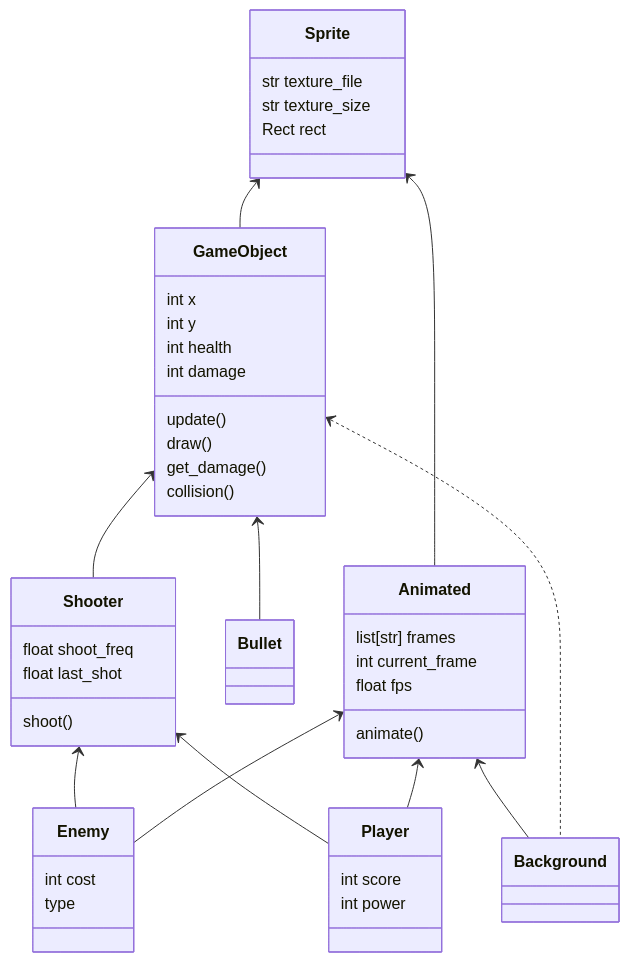
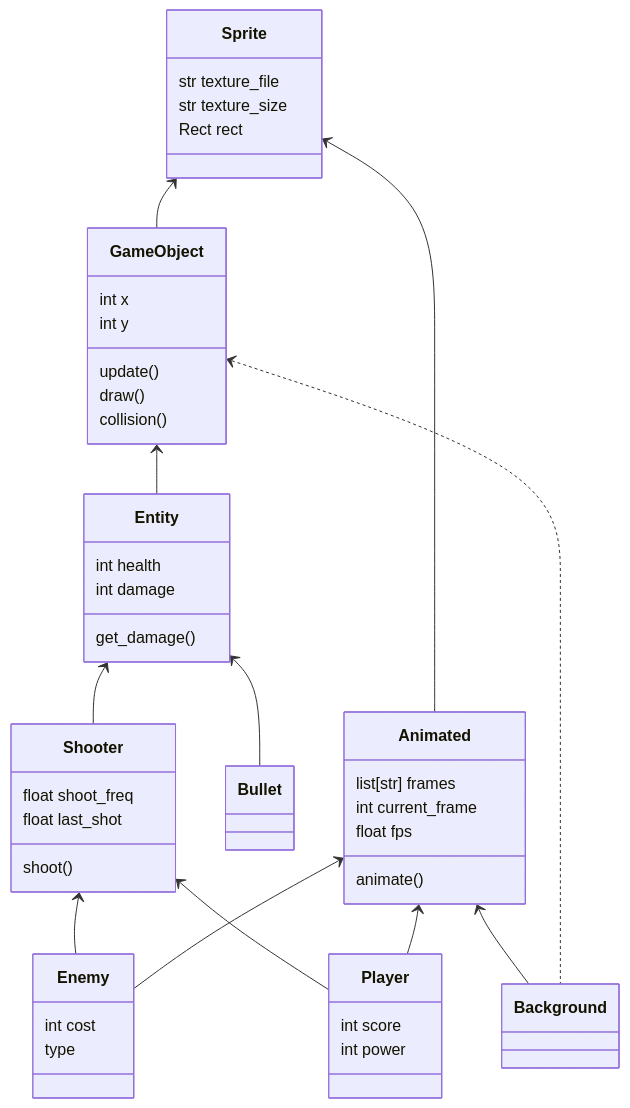
The second of 2 diagrams in docs/mecs.md (Virashu/danmaku), drawn with Mermaid before and after one commit. The commit also changed 10 other files, not shown here.

Commit message:
Add Animated, Entity

````diff
--- a/docs/mecs.md
+++ b/docs/mecs.md
@@ -74,54 +74,57 @@
 ```mermaid
 classDiagram
   Sprite <-- GameObject
-  GameObject <-- Shooter
+  GameObject <-- Entity
   Shooter <-- Enemy
   Shooter <-- Player
-  GameObject <-- Bullet
+  Entity <-- Bullet
   Animated <-- Player
   Animated <-- Enemy
   Sprite <-- Animated
-  Animated <--Background
+  Animated <-- Background
   GameObject <.. Background
+  Entity <-- Shooter
 
   class Sprite {
     str texture_file
     str texture_size
     Rect rect
   }
   class GameObject {
     int x
     int y
+    update()
+    draw()
+    collision()
+  }
+  class Entity {
     int health
     int damage
-    update()
-    draw()
     get_damage()
-    collision()
   }
   class Shooter {
     float shoot_freq
     float last_shot
     shoot()
   }
   class Player {
     int score
     int power
   }
   class Enemy {
     int cost
     type
   }
   class Animated {
     list[str] frames
     int current_frame
     float fps
     animate()
   }
   class Bullet {
     
   }
   class Background {
 
   }
 ```
````
